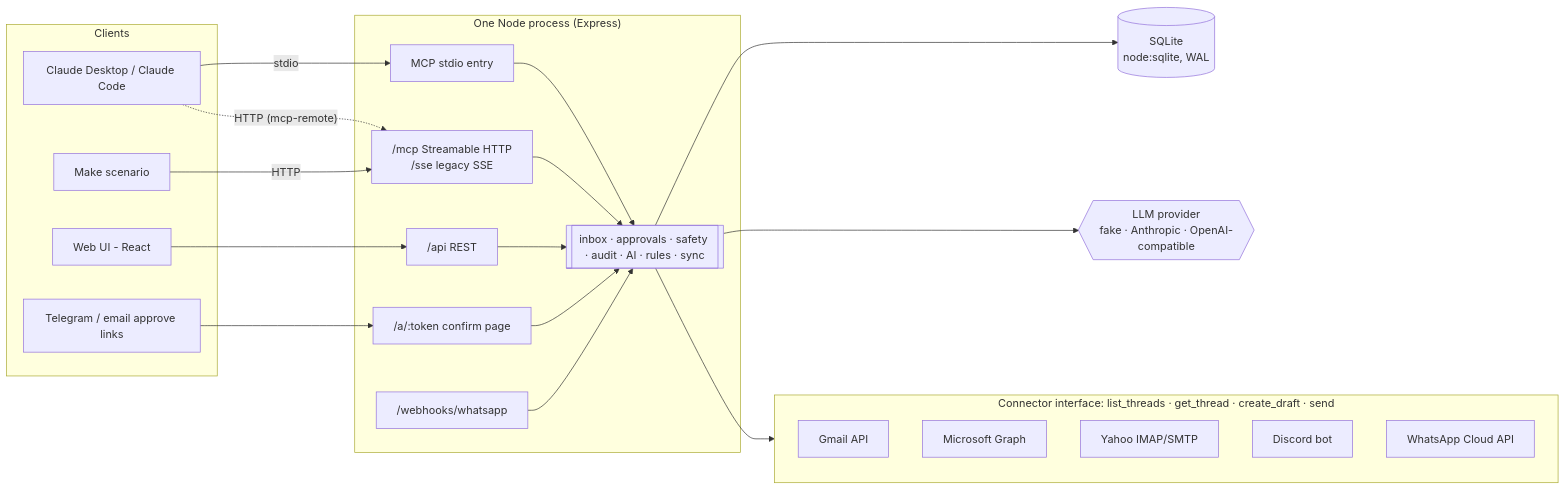
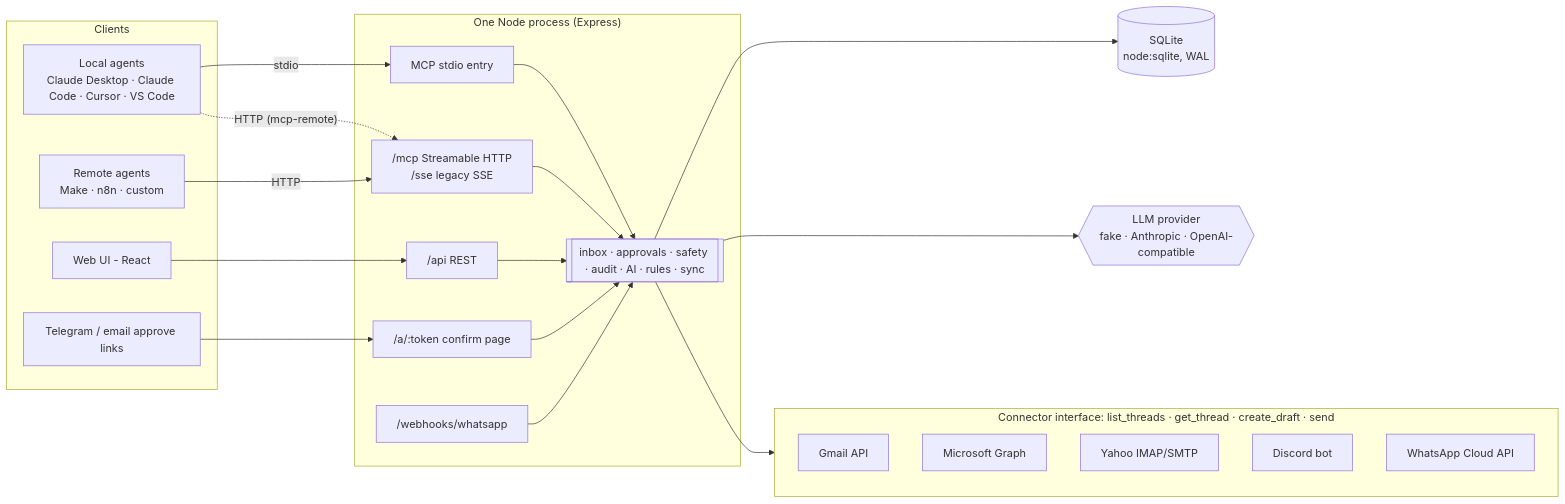
One commit to dvictor357/dwarapala changed the first of 2 diagrams in README.md. Above: the diagram before and after it, drawn with Mermaid. The commit also changed other lines of this file and 15 other files, not shown here.

````diff
--- a/README.md
+++ b/README.md
@@ -70,43 +74,43 @@
 ```mermaid
 flowchart LR
   subgraph Clients
-    CD[Claude Desktop / Claude Code]
-    MK[Make scenario]
+    CD["Local agents<br/>Claude Desktop · Claude Code · Cursor · VS Code"]
+    MK["Remote agents<br/>Make · n8n · custom"]
     UI[Web UI - React]
     TG[Telegram / email approve links]
   end
 
   subgraph App["One Node process (Express)"]
     MCPS[MCP stdio entry]
     MCPH["/mcp Streamable HTTP<br/>/sse legacy SSE"]
     API["/api REST"]
     LNK["/a/:token confirm page"]
     WH["/webhooks/whatsapp"]
     CORE[[inbox · approvals · safety · audit · AI · rules · sync]]
   end
 
   DB[(SQLite<br/>node:sqlite, WAL)]
   LLM{{LLM provider<br/>fake · Anthropic · OpenAI-compatible}}
 
   subgraph Connectors["Connector interface: list_threads · get_thread · create_draft · send"]
     GM[Gmail API]
     OL[Microsoft Graph]
     YH[Yahoo IMAP/SMTP]
     DC[Discord bot]
     WA[WhatsApp Cloud API]
   end
 
   CD -- stdio --> MCPS
   CD -. "HTTP (mcp-remote)" .-> MCPH
   MK -- HTTP --> MCPH
   UI --> API
   TG --> LNK
   MCPS --> CORE
   MCPH --> CORE
   API --> CORE
   LNK --> CORE
   WH --> CORE
   CORE --> DB
   CORE --> LLM
   CORE --> Connectors
 ```
````
